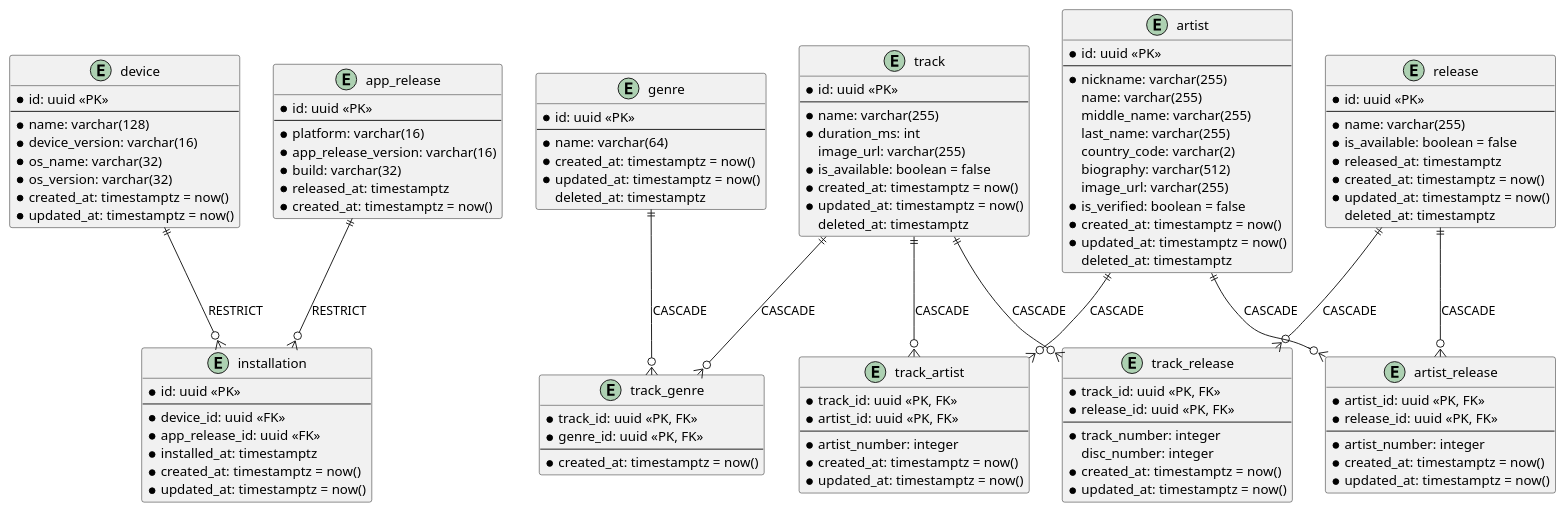
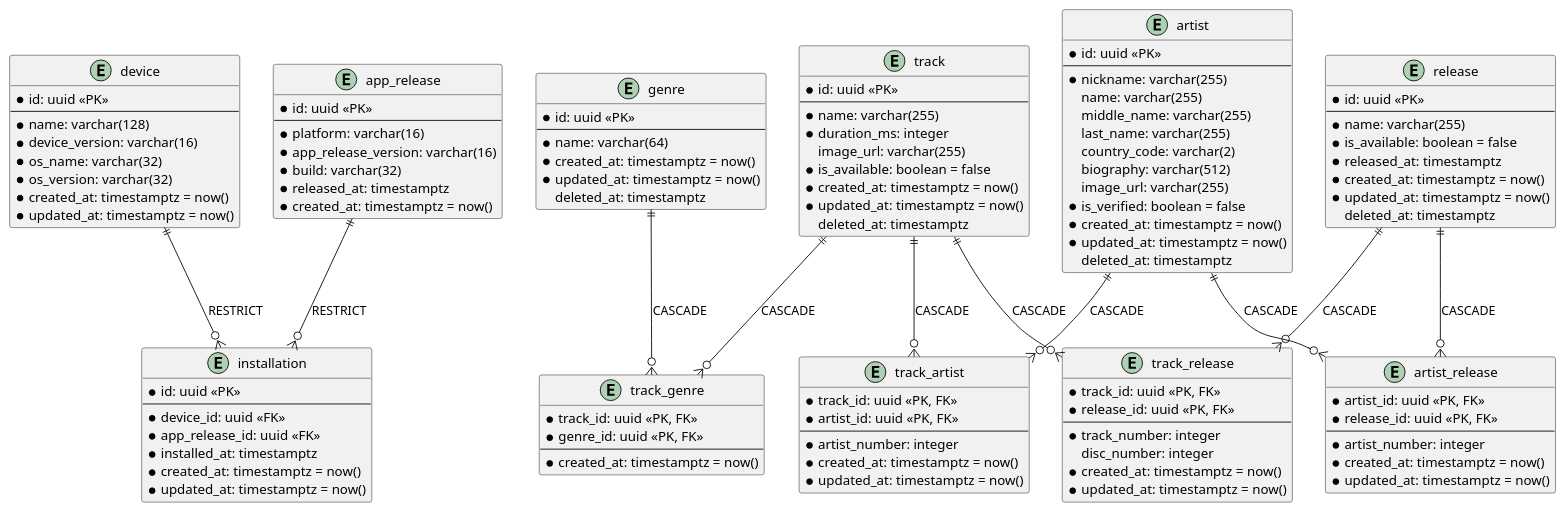
One commit to SINdeletE/music-stream-flow changed the diagram in sql/music_oltp/docs/ddl.puml. Above: the diagram before and after it, drawn with PlantUML.

```diff
--- a/sql/music_oltp/docs/ddl.puml
+++ b/sql/music_oltp/docs/ddl.puml
@@ -1,132 +1,132 @@
 @startuml
 
 entity device {
     * id: uuid <<PK>>
     --
     * name: varchar(128)
     * device_version: varchar(16)
     * os_name: varchar(32)
     * os_version: varchar(32)
     * created_at: timestamptz = now()
     * updated_at: timestamptz = now()
 }
 
 entity app_release {
     * id: uuid <<PK>>
     --
     * platform: varchar(16)
     * app_release_version: varchar(16)
     * build: varchar(32)
     * released_at: timestamptz
     * created_at: timestamptz = now()
 }
 
 entity installation {
     * id: uuid <<PK>>
     --
     * device_id: uuid <<FK>>
     * app_release_id: uuid <<FK>>
     * installed_at: timestamptz
     * created_at: timestamptz = now()
     * updated_at: timestamptz = now()
 }
 
 entity track {
     * id: uuid <<PK>>
     --
     * name: varchar(255)
-    * duration_ms: int
+    * duration_ms: integer
     image_url: varchar(255)
     * is_available: boolean = false
     * created_at: timestamptz = now()
     * updated_at: timestamptz = now()
     deleted_at: timestamptz
 }
 
 entity genre {
     * id: uuid <<PK>>
     --
     * name: varchar(64)
     * created_at: timestamptz = now()
     * updated_at: timestamptz = now()
     deleted_at: timestamptz
 }
 
 entity artist {
     * id: uuid <<PK>>
     --
     * nickname: varchar(255)
     name: varchar(255)
     middle_name: varchar(255)
     last_name: varchar(255)
     country_code: varchar(2)
     biography: varchar(512)
     image_url: varchar(255)
     * is_verified: boolean = false
     * created_at: timestamptz = now()
     * updated_at: timestamptz = now()
     deleted_at: timestamptz
 }
 
 entity release {
     * id: uuid <<PK>>
     --
     * name: varchar(255)
     * is_available: boolean = false
     * released_at: timestamptz
     * created_at: timestamptz = now()
     * updated_at: timestamptz = now()
     deleted_at: timestamptz
 }
 
 entity track_genre {
     * track_id: uuid <<PK, FK>>
     * genre_id: uuid <<PK, FK>>
     --
     * created_at: timestamptz = now()
 }
 
 entity track_artist {
     * track_id: uuid <<PK, FK>>
     * artist_id: uuid <<PK, FK>>
     --
     * artist_number: integer
     * created_at: timestamptz = now()
     * updated_at: timestamptz = now()
 }
 
 entity track_release {
     * track_id: uuid <<PK, FK>>
     * release_id: uuid <<PK, FK>>
     --
     * track_number: integer
     disc_number: integer
     * created_at: timestamptz = now()
     * updated_at: timestamptz = now()
 }
 
 entity artist_release {
     * artist_id: uuid <<PK, FK>>
     * release_id: uuid <<PK, FK>>
     --
     * artist_number: integer
     * created_at: timestamptz = now()
     * updated_at: timestamptz = now()
 }
 
 device ||--o{ installation : RESTRICT
 app_release ||--o{ installation : RESTRICT
 
 track ||--o{ track_genre : CASCADE
 genre ||--o{ track_genre : CASCADE
 
 track ||--o{ track_artist : CASCADE
 artist ||--o{ track_artist : CASCADE
 
 track ||--o{ track_release : CASCADE
 release ||--o{ track_release : CASCADE
 
 artist ||--o{ artist_release : CASCADE
 release ||--o{ artist_release : CASCADE
 
 @enduml
```
